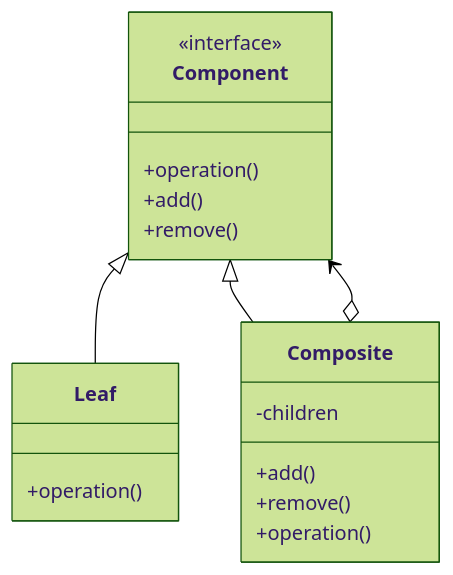
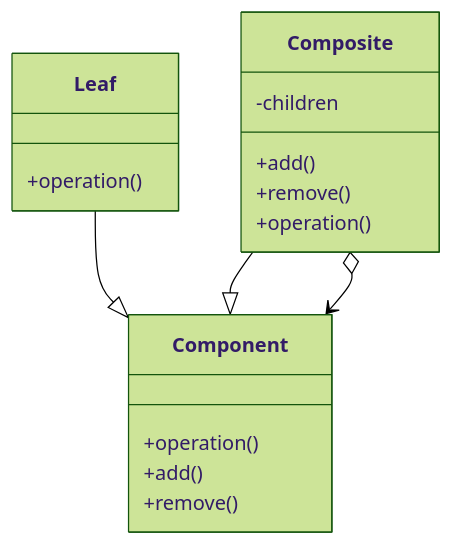
Before and after one commit to Veselyy/VUT-school: the third of 4 diagrams in IPP/otazky.md, drawn with Mermaid (forest theme). The commit also changed other lines of this file and 1 other file, not shown here.

Commit message:
refactor: update UML diagrams and improve Mermaid script initialization in study materials

````diff
--- a/IPP/otazky.md
+++ b/IPP/otazky.md
@@ -105,21 +103,20 @@
 ```mermaid
 classDiagram
     class Component {
-        <<interface>>
         +operation()
         +add()
         +remove()
     }
     class Leaf {
         +operation()
     }
     class Composite {
         -children
         +add()
         +remove()
         +operation()
     }
-    Component <|-- Leaf
-    Component <|-- Composite
+    Leaf --|> Component
+    Composite --|> Component
     Composite o--> Component
 ```
````
